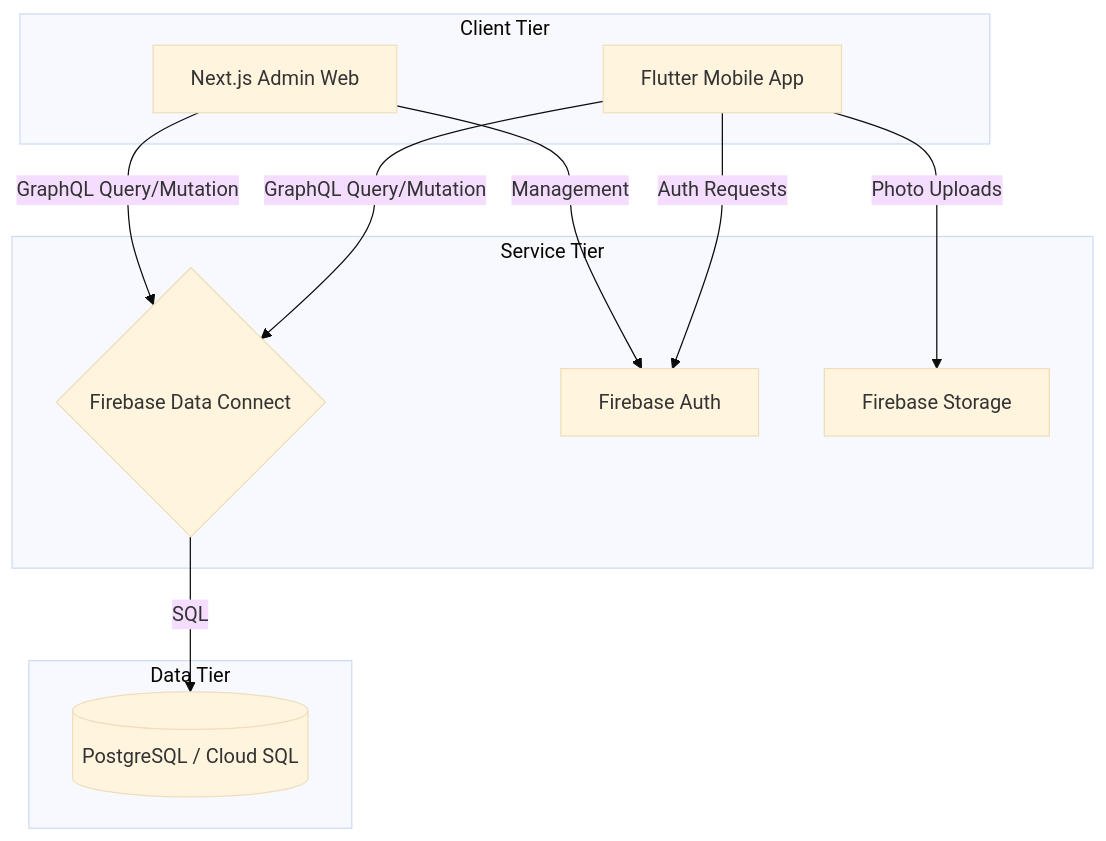
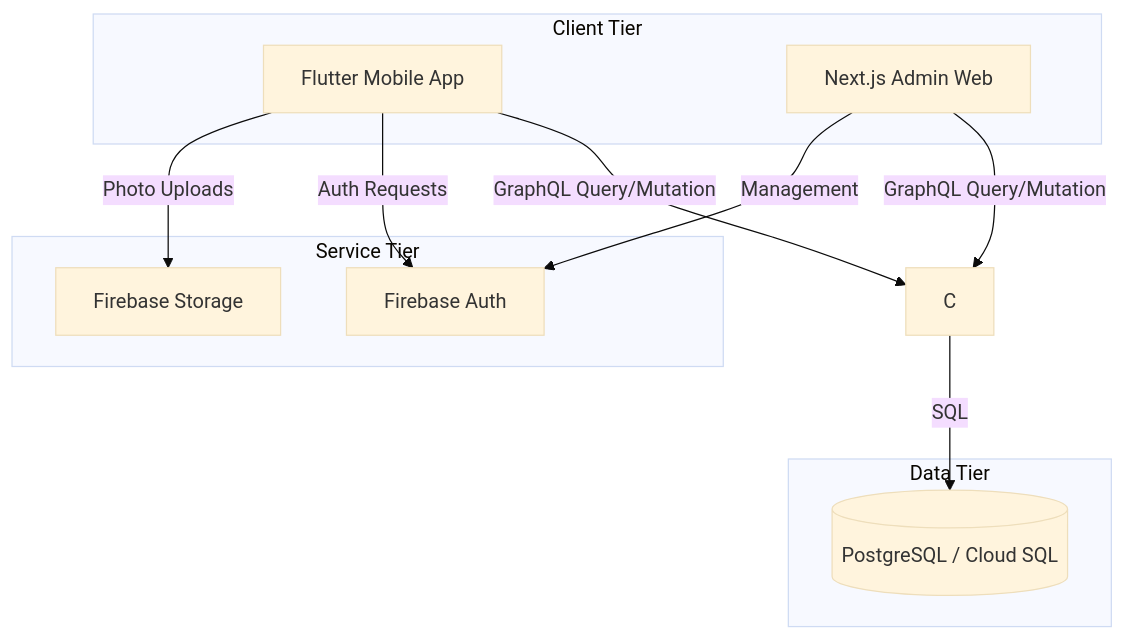
Before and after one commit to NabihanN06/jne_attandance: the diagram in README.md, drawn with Mermaid (base theme). The commit also changed other lines of this file and 7 other files, not shown here.

````diff
--- a/README.md
+++ b/README.md
@@ -60,24 +61,24 @@
 ```mermaid
+
 graph TD
     subgraph "Client Tier"
         A[Flutter Mobile App]
         B[Next.js Admin Web]
     end
 
     subgraph "Service Tier"
-        C{Firebase Data Connect}
-        D[Firebase Auth]
+D[Firebase Auth]
         E[Firebase Storage]
     end
 
     subgraph "Data Tier"
         F[(PostgreSQL / Cloud SQL)]
     end
 
     A -- GraphQL Query/Mutation --> C
     B -- GraphQL Query/Mutation --> C
     C -- SQL --> F
     A -- Auth Requests --> D
     A -- Photo Uploads --> E
     B -- Management --> D
 ```
````
